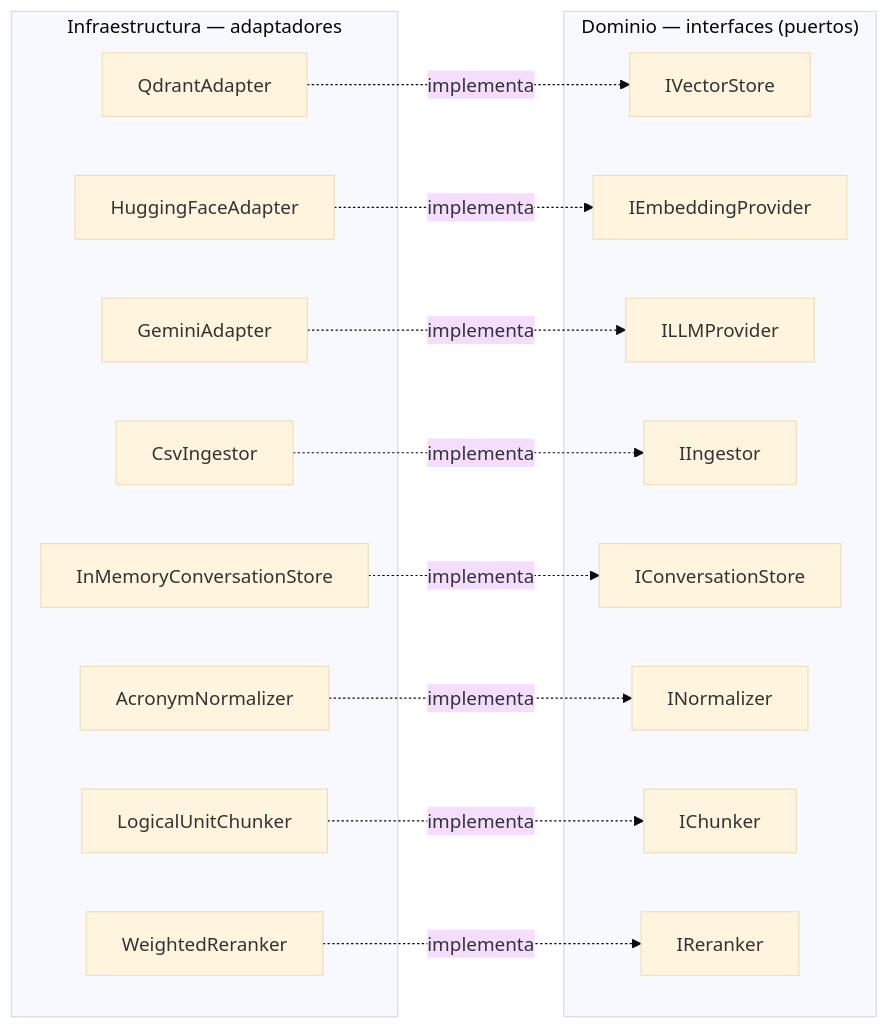
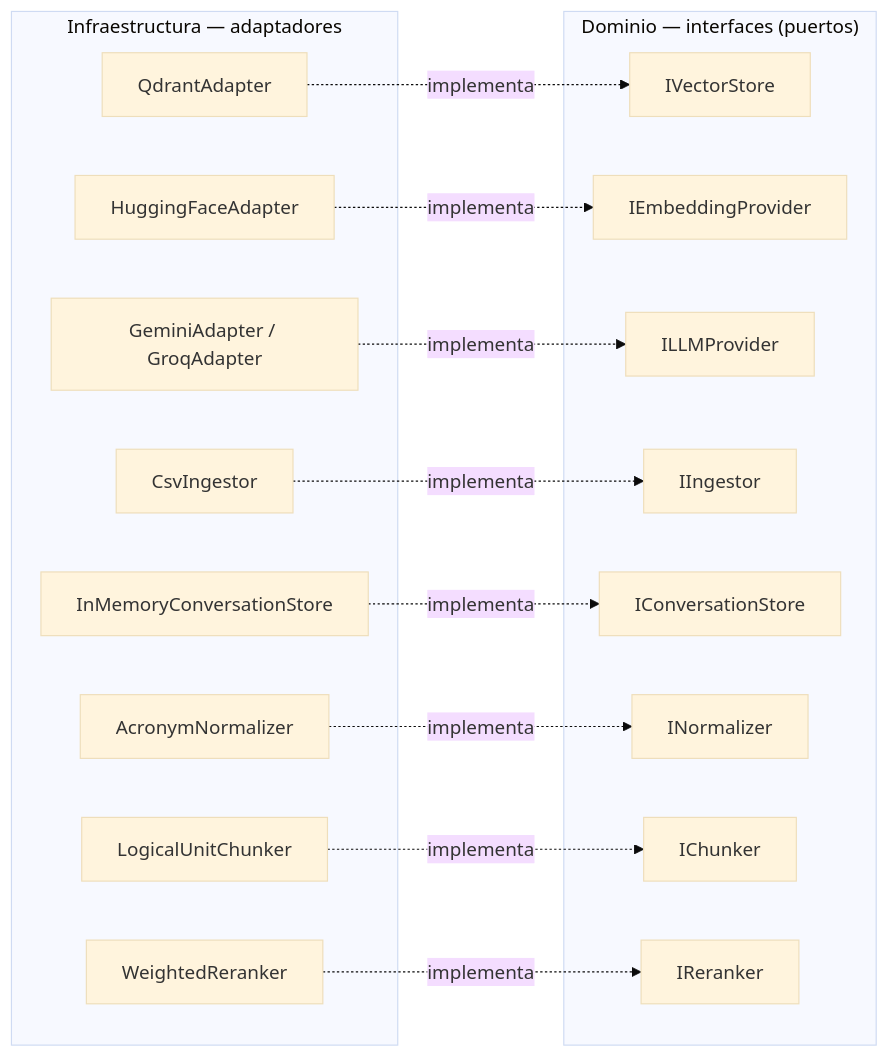
The second of 7 diagrams in docs/ARQUITECTURA_MODULAR.md (ScMateo/Arquitectura_RAG), drawn with Mermaid (base theme) before and after one commit. The commit also changed other lines of this file and 3 other files, not shown here.

````diff
--- a/docs/ARQUITECTURA_MODULAR.md
+++ b/docs/ARQUITECTURA_MODULAR.md
@@ -94,33 +94,33 @@
 ```mermaid
 flowchart LR
     subgraph DOM["Dominio — interfaces (puertos)"]
         P1["IVectorStore"]
         P2["IEmbeddingProvider"]
         P3["ILLMProvider"]
         P4["IIngestor"]
         P5["IConversationStore"]
         P6["INormalizer"]
         P7["IChunker"]
         P8["IReranker"]
     end
 
     subgraph INF["Infraestructura — adaptadores"]
         Q1["QdrantAdapter"]
         Q2["HuggingFaceAdapter"]
-        Q3["GeminiAdapter"]
+        Q3["GeminiAdapter / GroqAdapter"]
         Q4["CsvIngestor"]
         Q5["InMemoryConversationStore"]
         Q6["AcronymNormalizer"]
         Q7["LogicalUnitChunker"]
         Q8["WeightedReranker"]
     end
 
     Q1 -.->|implementa| P1
     Q2 -.->|implementa| P2
     Q3 -.->|implementa| P3
     Q4 -.->|implementa| P4
     Q5 -.->|implementa| P5
     Q6 -.->|implementa| P6
     Q7 -.->|implementa| P7
     Q8 -.->|implementa| P8
 ```
````
